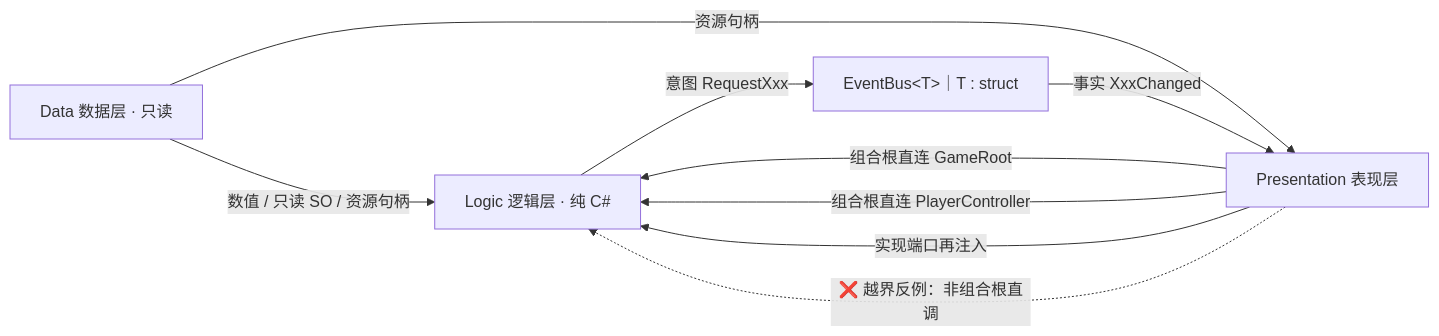
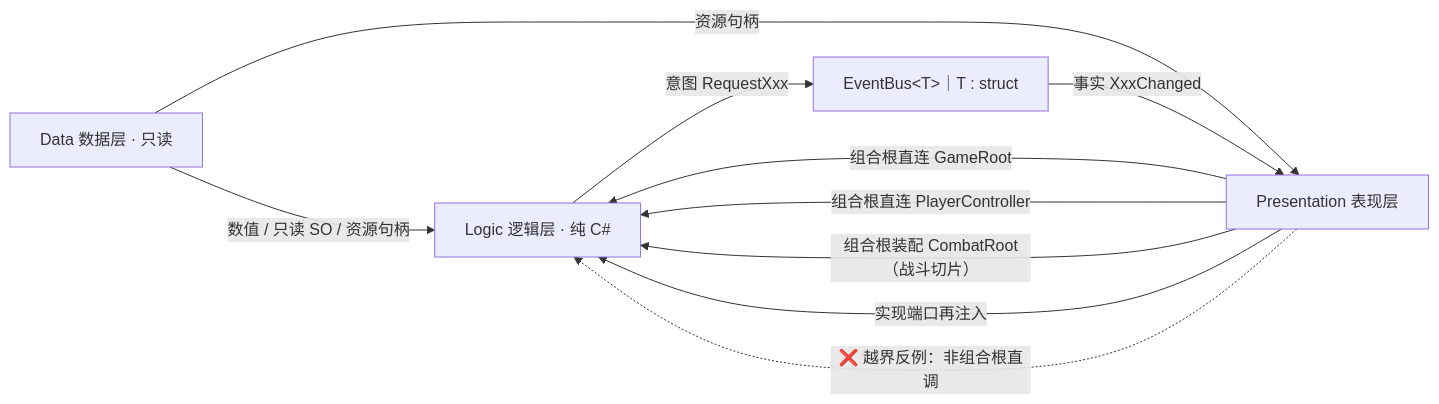
Before and after one commit to 5FYZhou/deepseaoil: the first of 3 diagrams in Docs/框架设计/框架蓝图.md, drawn with Mermaid. The commit also changed other lines of this file and 152 other files, not shown here.

````diff
--- a/Docs/框架设计/框架蓝图.md
+++ b/Docs/框架设计/框架蓝图.md
@@ -11,14 +11,15 @@
 ```mermaid
 flowchart LR
   D["Data 数据层 · 只读"]
   L["Logic 逻辑层 · 纯 C#"]
   P["Presentation 表现层"]
   D -->|"数值 / 只读 SO / 资源句柄"| L
   D -->|"资源句柄"| P
   P -->|"组合根直连 GameRoot"| L
   P -->|"组合根直连 PlayerController"| L
+  P -->|"组合根装配 CombatRoot（战斗切片）"| L
   P -->|"实现端口再注入"| L
   P -.->|"❌ 越界反例：非组合根直调"| L
   L -->|"意图 RequestXxx"| EB["EventBus&lt;T&gt;｜T : struct"]
   EB -->|"事实 XxxChanged"| P
 ```
````
